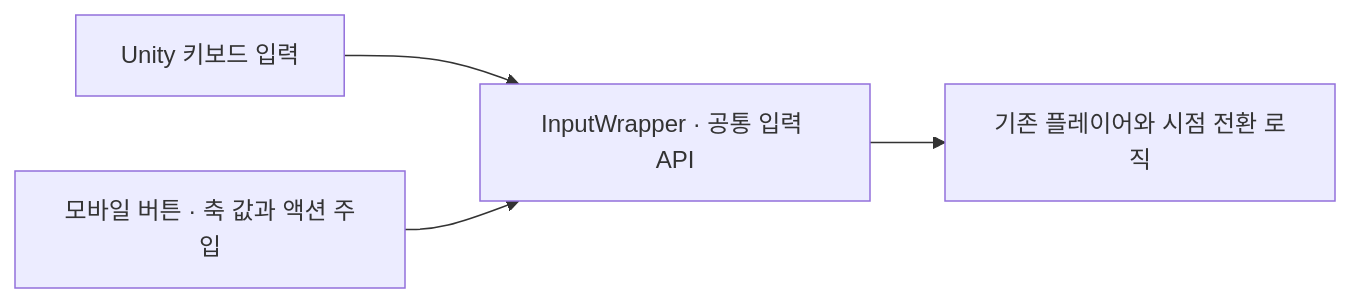
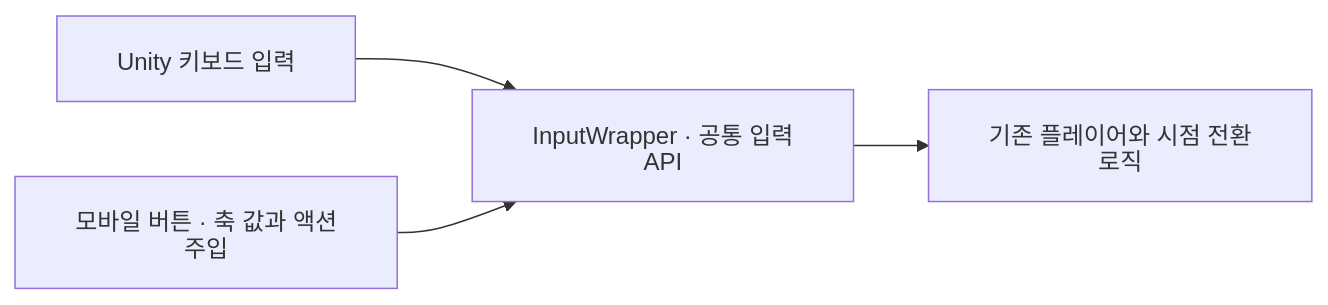
One commit to 1Seong/SQUARE-ERAUQS changed the diagram in portfolio/mobile-ui/README.md. Above: the diagram before and after it, drawn with Mermaid. The commit also changed 4 other files, not shown here.

Commit message:
docs: fix diagram text layout and feature sample emphasis

````diff
--- a/portfolio/mobile-ui/README.md
+++ b/portfolio/mobile-ui/README.md
@@ -9,6 +9,7 @@
 ```mermaid
+%%{init: {"htmlLabels": false, "themeVariables": {"fontFamily": "Arial, sans-serif"}, "flowchart": {"padding": 20, "diagramPadding": 20}, "sequence": {"diagramMarginX": 24, "diagramMarginY": 16, "wrap": true}}}%%
 flowchart LR
   K["Unity 키보드 입력"] --> W["InputWrapper · 공통 입력 API"]
   T["모바일 버튼 · 축 값과 액션 주입"] --> W
   W --> P["기존 플레이어와 시점 전환 로직"]
 ```
````
